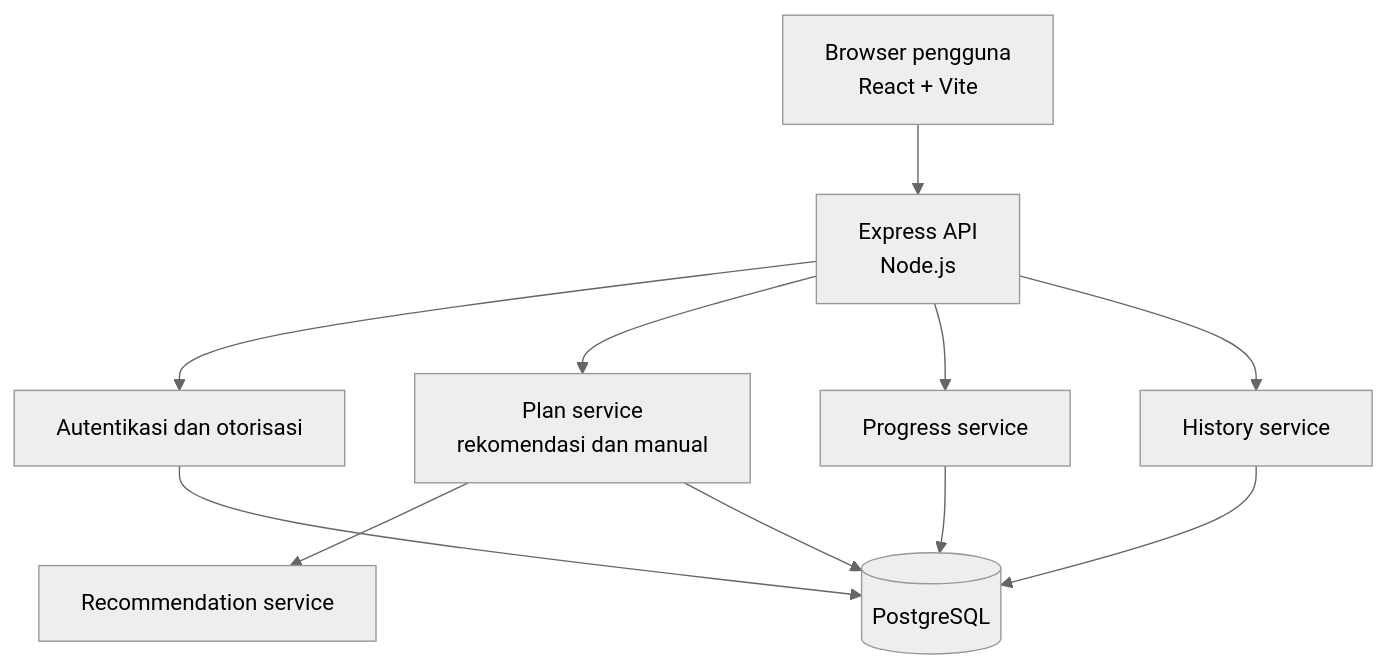
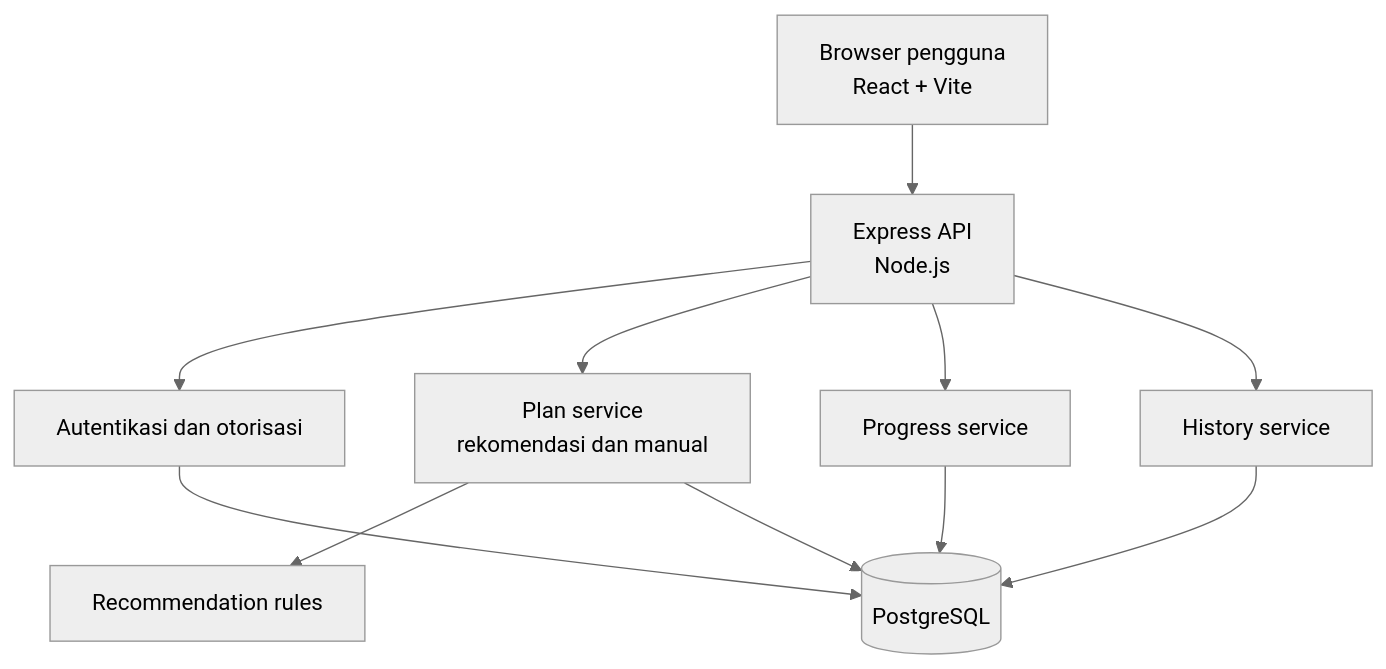
Before and after one commit to kapal-sonkah/AuraFit: the third of 6 diagrams in docs/diagrams-aurafit.md, drawn with Mermaid (neutral theme). The commit also changed other lines of this file and 9 other files, not shown here.

````diff
--- a/docs/diagrams-aurafit.md
+++ b/docs/diagrams-aurafit.md
@@ -42,22 +42,22 @@
 ```mermaid
 flowchart TB
   browser[Browser pengguna\nReact + Vite]
   api[Express API\nNode.js]
   auth[Autentikasi dan otorisasi]
   plan[Plan service\nrekomendasi dan manual]
   prog[Progress service]
   hist[History service]
-  rec[Recommendation service]
+  rec[Recommendation rules]
   postgres[(PostgreSQL)]
 
   browser --> api
   api --> auth
   api --> plan
   api --> prog
   api --> hist
   plan --> rec
   auth --> postgres
   plan --> postgres
   prog --> postgres
   hist --> postgres
 ```
````
